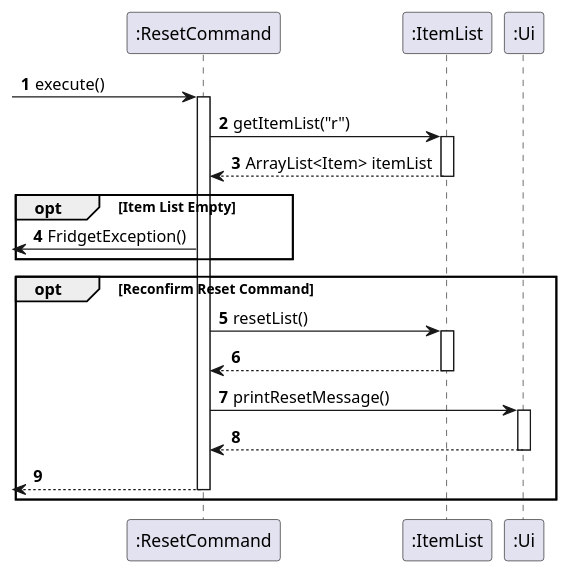
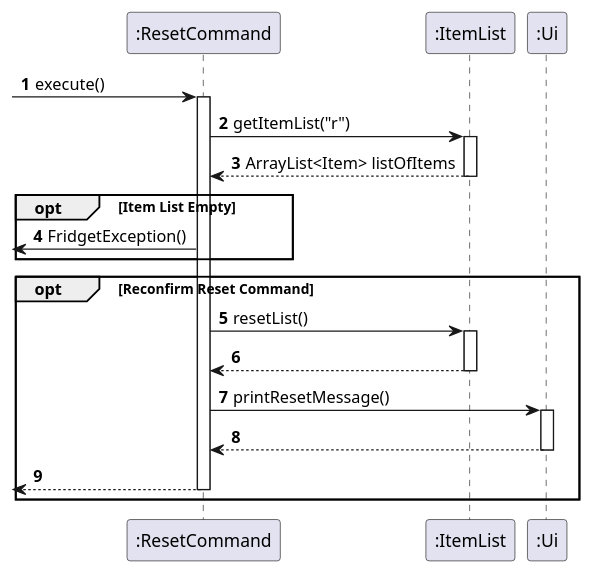
One commit to uosjapuelks/tp changed the diagram in docs/pumlFiles/ResetSequence.puml. Above: the diagram before and after it, drawn with PlantUML. The commit also changed 3 other files, not shown here.

Commit message:
Fix Reset and ShopReset sequences

```diff
--- a/docs/pumlFiles/ResetSequence.puml
+++ b/docs/pumlFiles/ResetSequence.puml
@@ -1,34 +1,34 @@
 @startuml
 'https://plantuml.com/sequence-diagram
 
 autonumber
 
 -> ":ResetCommand": execute()
 activate ":ResetCommand"
 
 ":ResetCommand" -> ":ItemList": getItemList("r")
 activate ":ItemList"
-":ResetCommand" <-- ":ItemList": ArrayList<Item> itemList
+":ResetCommand" <-- ":ItemList": ArrayList<Item> listOfItems
 deactivate ":ItemList"
 
 opt Item List Empty
 <- ":ResetCommand": FridgetException()
 end
 
 opt Reconfirm Reset Command
 
     ":ResetCommand" -> ":ItemList": resetList()
     activate ":ItemList"
     ":ResetCommand" <-- ":ItemList":
     deactivate ":ItemList"
 
     ":ResetCommand" -> ":Ui": printResetMessage()
     activate ":Ui"
     ":ResetCommand" <-- ":Ui"
     deactivate ":Ui"
 
     <-- ":ResetCommand"
     deactivate ":ResetCommand"
 end
 
 @enduml
```
